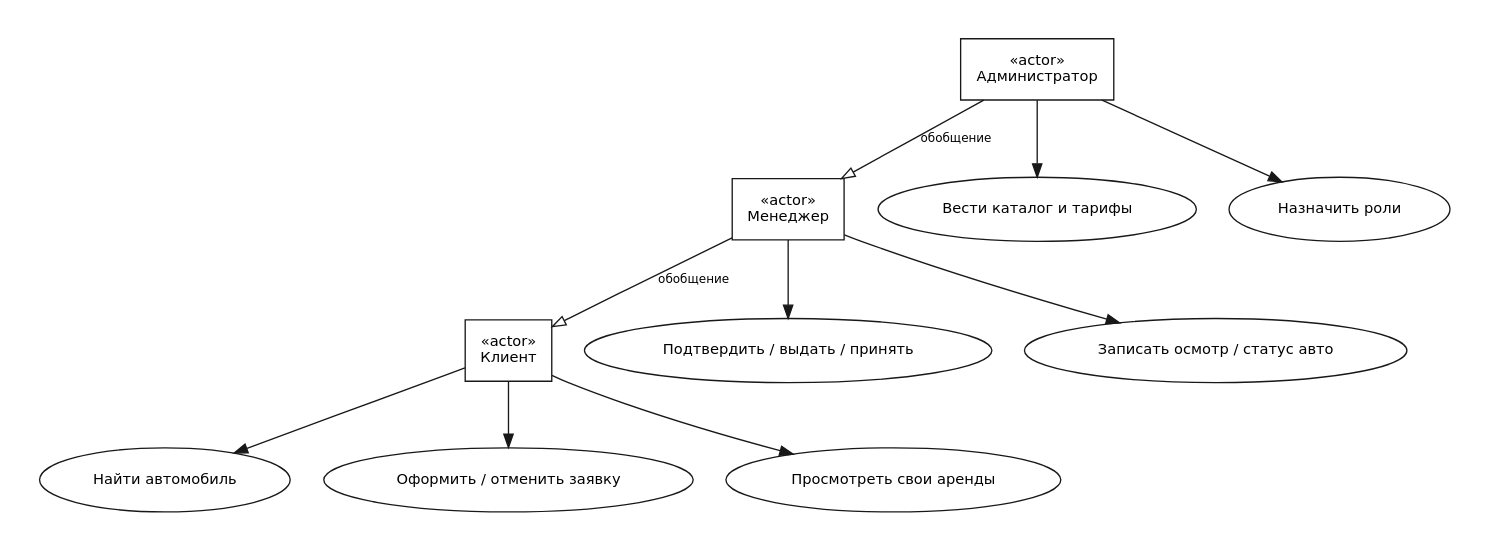
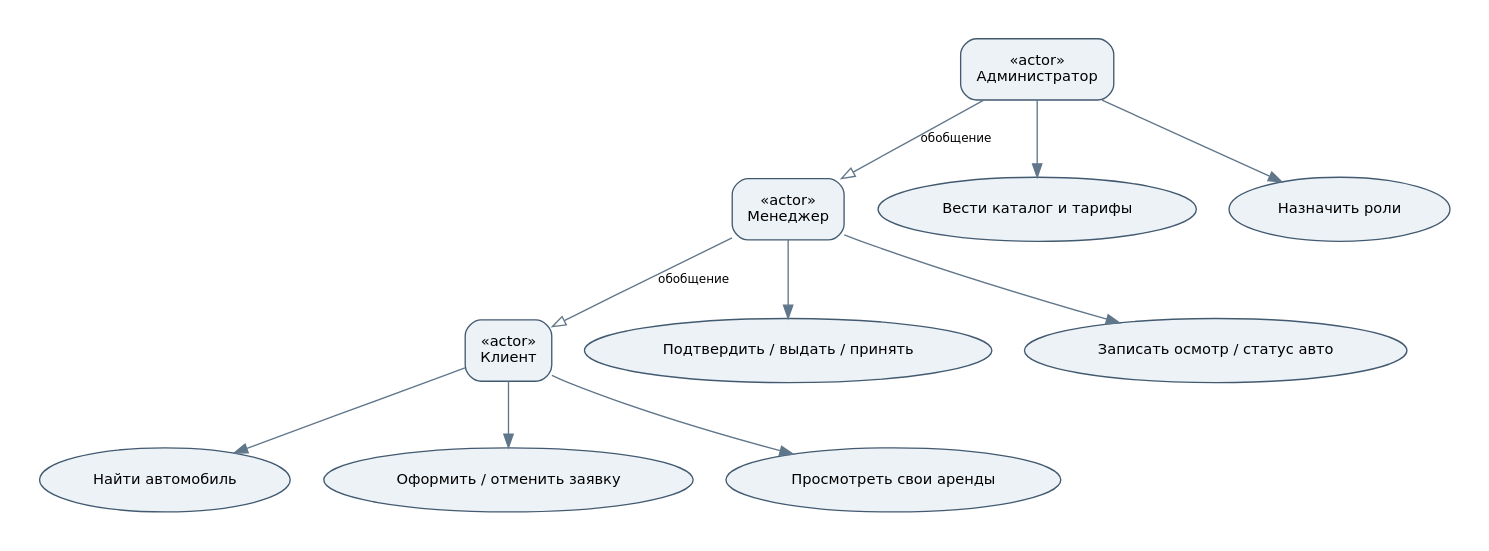
The diagram in docs/diagrams/usecase.dot (alexander2007B/cursovaya), drawn with Graphviz before and after one commit. The commit also changed 33 other files, not shown here.

Commit message:
Restore original diagram layouts with subtle blue-grey colors

```diff
--- a/docs/diagrams/usecase.dot
+++ b/docs/diagrams/usecase.dot
@@ -1,4 +1,4 @@
-digraph G {graph [fontname="DejaVu Sans",bgcolor="white",pad="0.3",ranksep="0.65",nodesep="0.35"]; node [fontname="DejaVu Sans",fontsize=11,shape=box,style="filled",fillcolor="white",color="#181818",margin="0.15"]; edge [fontname="DejaVu Sans",fontsize=9,color="#181818"];rankdir=TB;client[label="«actor»
+digraph G {graph [fontname="DejaVu Sans",bgcolor="white",pad="0.3",ranksep="0.65",nodesep="0.35"]; node [fontname="DejaVu Sans",fontsize=11,shape=box,style="rounded,filled",fillcolor="#edf2f7",color="#425a70",margin="0.15"]; edge [fontname="DejaVu Sans",fontsize=9,color="#60768a"];rankdir=TB;client[label="«actor»
 Клиент"];manager[label="«actor»
 Менеджер"];admin[label="«actor»
 Администратор"];node[shape=ellipse];catalog[label="Найти автомобиль"];book[label="Оформить / отменить заявку"];profile[label="Просмотреть свои аренды"];process[label="Подтвердить / выдать / принять"];service[label="Записать осмотр / статус авто"];fleet[label="Вести каталог и тарифы"];roles[label="Назначить роли"];client->catalog;client->book;client->profile;manager->process;manager->service;admin->fleet;admin->roles;admin->manager[label="обобщение",arrowhead=empty];manager->client[label="обобщение",arrowhead=empty];}
```
